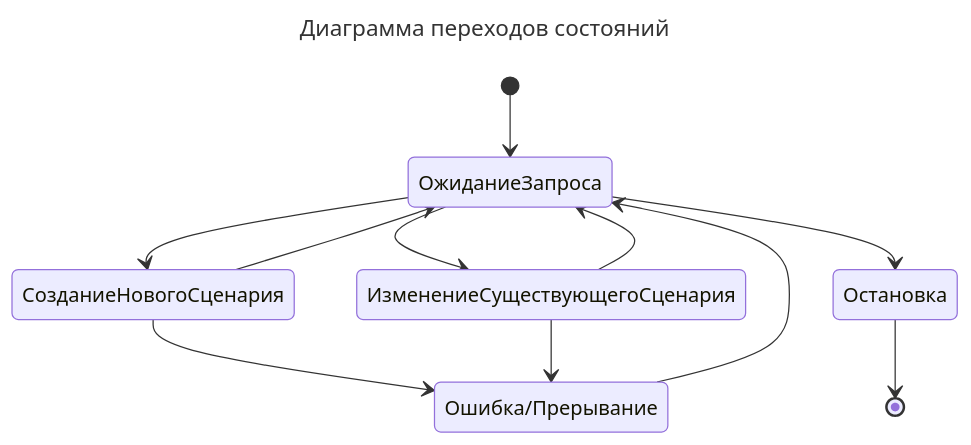
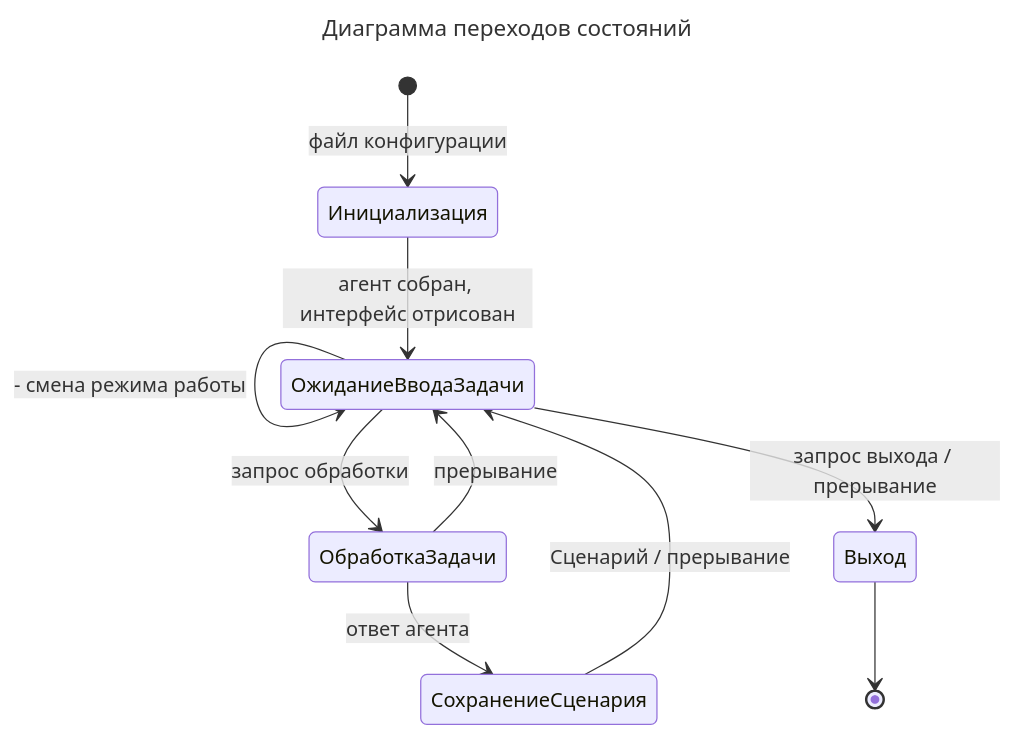
The diagram in 4. Диаграмма переходов состояний.md (CHSU-scenarAIst/diagrammy), drawn with Mermaid before and after one commit. The commit also changed other lines of this file and 2 other files, not shown here.

````diff
--- a/4. Диаграмма переходов состояний.md
+++ b/4. Диаграмма переходов состояний.md
@@ -3,18 +6,22 @@
 ```mermaid
 ---
 title: Диаграмма переходов состояний
 ---
 stateDiagram-v2
-    [*] --> ОжиданиеЗапроса
+    [*] --> Инициализация: файл конфигурации
 
-    ОжиданиеЗапроса --> СозданиеНовогоСценария
-    ОжиданиеЗапроса --> ИзменениеСуществующегоСценария
+    Инициализация --> ОжиданиеВводаЗадачи : агент собран, интерфейс отрисован
 
-    СозданиеНовогоСценария --> ОжиданиеЗапроса
-    СозданиеНовогоСценария --> Ошибка/Прерывание
-    ИзменениеСуществующегоСценария --> ОжиданиеЗапроса
-    ИзменениеСуществующегоСценария --> Ошибка/Прерывание
-    Ошибка/Прерывание --> ОжиданиеЗапроса
-    ОжиданиеЗапроса --> Остановка
-    Остановка --> [*]
+    ОжиданиеВводаЗадачи --> ОжиданиеВводаЗадачи : - добавление / удаление задачи
+    ОжиданиеВводаЗадачи --> ОжиданиеВводаЗадачи : - загрузка задач из файла
+    ОжиданиеВводаЗадачи --> ОжиданиеВводаЗадачи : - смена режима работы
+    ОжиданиеВводаЗадачи --> ОбработкаЗадачи : запрос обработки
+
+    ОбработкаЗадачи --> СохранениеСценария : ответ агента
+    ОбработкаЗадачи --> ОжиданиеВводаЗадачи : прерывание
+
+    СохранениеСценария --> ОжиданиеВводаЗадачи : Сценарий / прерывание
+
+    ОжиданиеВводаЗадачи --> Выход : запрос выхода / прерывание
+    Выход --> [*]
 ```
````
